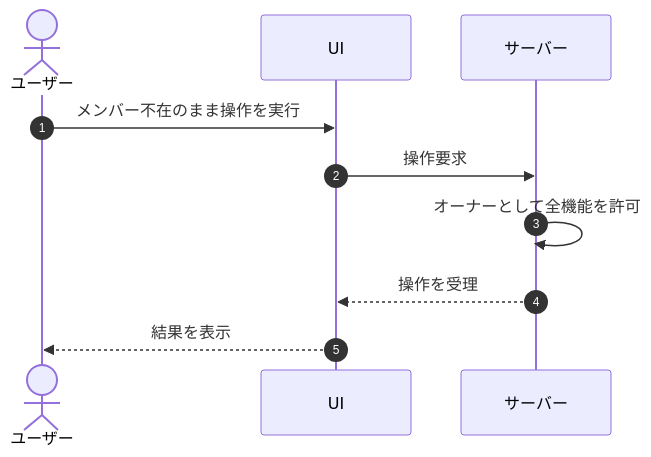
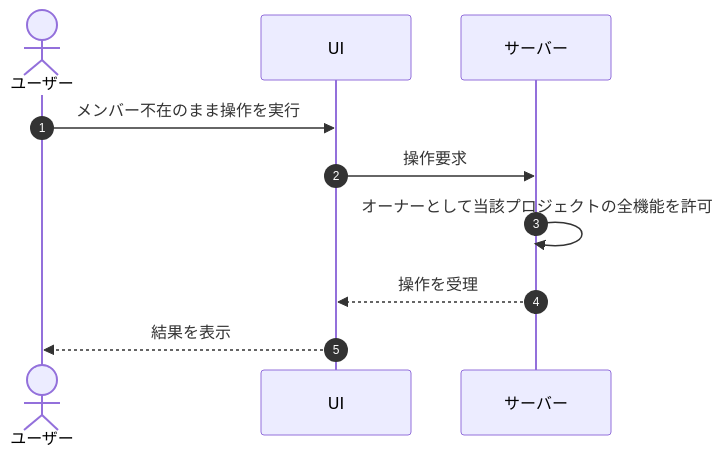
Diagram 35 of 60 in 01_requirements/02_functional_requirement/01_account-fr.md (sikakou54/open-faq), drawn with Mermaid before and after one commit. The commit also changed other lines of this file and 294 other files, not shown here.

````diff
--- a/01_requirements/02_functional_requirement/01_account-fr.md
+++ b/01_requirements/02_functional_requirement/01_account-fr.md
@@ -969,12 +970,12 @@
 ```mermaid
 sequenceDiagram
   autonumber
   actor U as ユーザー
   participant UI as UI
   participant S as サーバー
   U->>UI: メンバー不在のまま操作を実行
   UI->>S: 操作要求
-  S->>S: オーナーとして全機能を許可
+  S->>S: オーナーとして当該プロジェクトの全機能を許可
   S-->>UI: 操作を受理
   UI-->>U: 結果を表示
 ```
````
